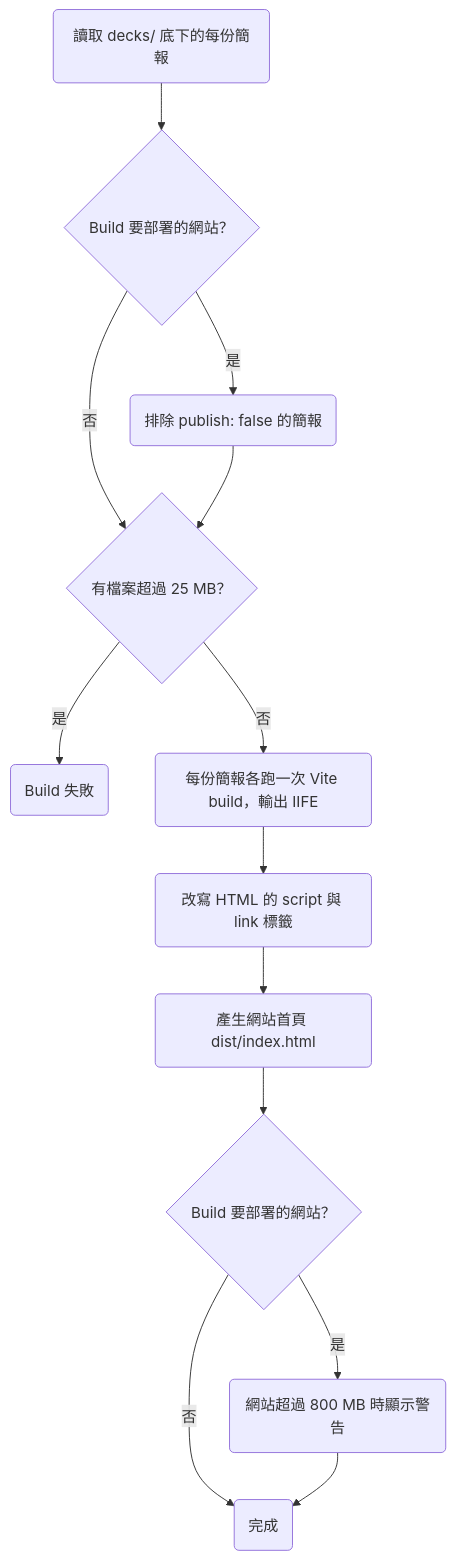
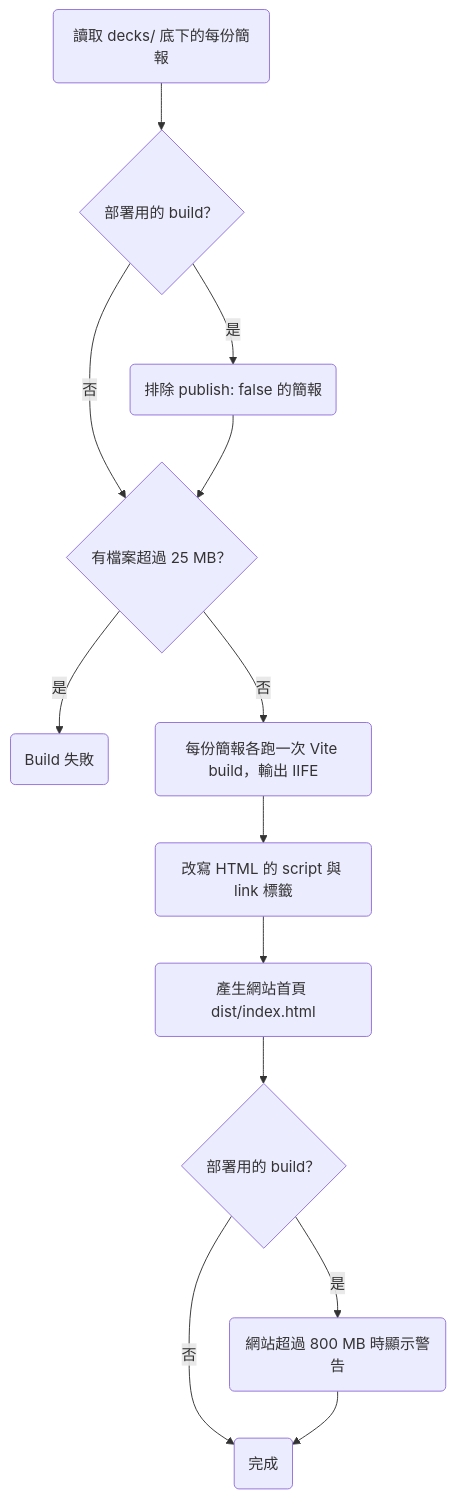
The diagram in docs/plans/0001-project-foundation.md (bingyangchen/diapo), drawn with Mermaid before and after one commit. The commit also changed other lines of this file and 4 other files, not shown here.

````diff
--- a/docs/plans/0001-project-foundation.md
+++ b/docs/plans/0001-project-foundation.md
@@ -276,15 +318,15 @@
 ```mermaid
 flowchart TD
-  start("讀取 decks/ 底下的每份簡報") --> deploy1{"Build 要部署的網站？"}
+  start("讀取 decks/ 底下的每份簡報") --> deploy1{"部署用的 build？"}
   deploy1 -- 是 --> filter("排除 publish: false 的簡報")
   deploy1 -- 否 --> size{"有檔案超過 25 MB？"}
   filter --> size
   size -- 是 --> fail("Build 失敗")
   size -- 否 --> vite("每份簡報各跑一次 Vite build，輸出 IIFE")
   vite --> rewrite("改寫 HTML 的 script 與 link 標籤")
   rewrite --> index("產生網站首頁 dist/index.html")
-  index --> deploy2{"Build 要部署的網站？"}
+  index --> deploy2{"部署用的 build？"}
   deploy2 -- 是 --> total("網站超過 800 MB 時顯示警告")
   deploy2 -- 否 --> done("完成")
   total --> done
 ```
````
